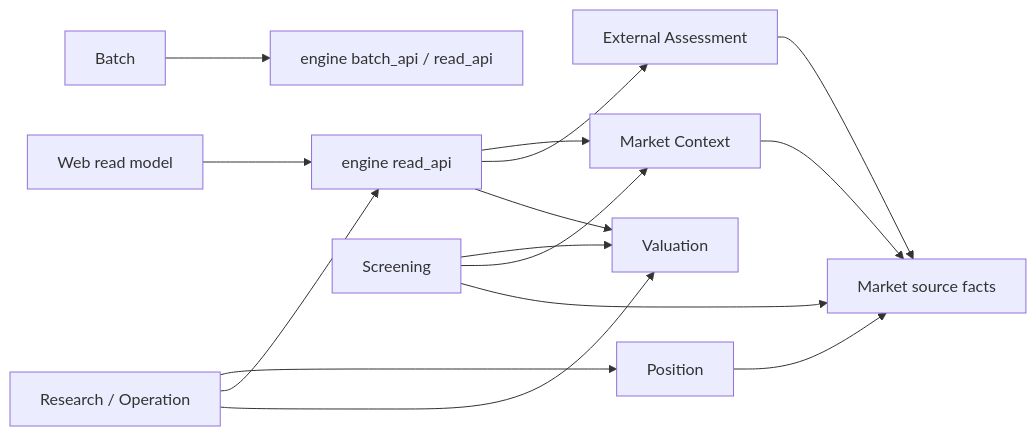
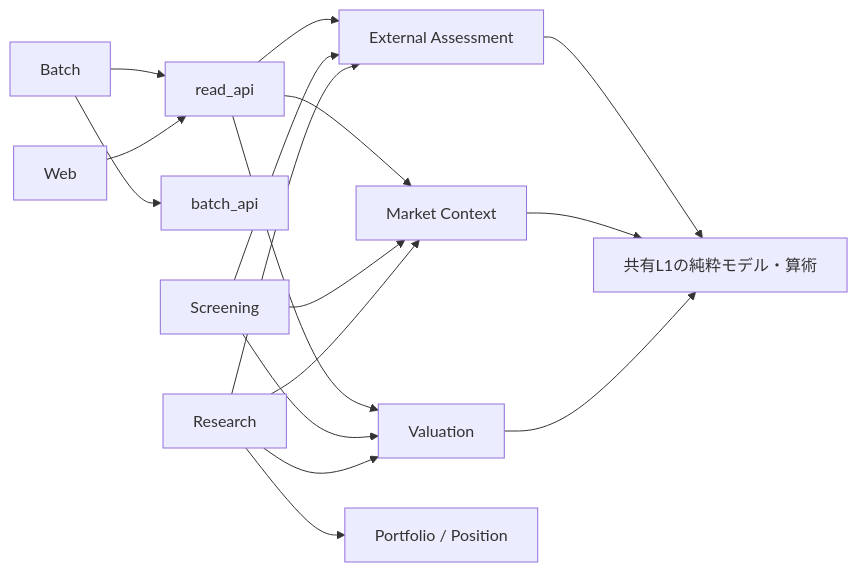
The diagram in docs/architecture.md (koumatsumoto/baibai-loop), drawn with Mermaid before and after one commit. The commit also changed other lines of this file and 1 other file, not shown here.

````diff
--- a/docs/architecture.md
+++ b/docs/architecture.md
@@ -16,17 +42,19 @@
 ```mermaid
 flowchart LR
-    web[Web read model] --> read[engine read_api]
-    batch[Batch] --> api[engine batch_api / read_api]
-    research[Research / Operation] --> position[Position]
-    research --> read
-    research --> valuation[Valuation]
-    screening --> valuation
-    screening --> context[Market Context]
+    web[Web] --> read[read_api]
+    batch[Batch] --> api[batch_api]
+    batch --> read
+    research[Research] --> valuation[Valuation]
+    research --> context[Market Context]
+    research --> external[External Assessment]
+    screening[Screening] --> valuation
+    screening --> context
+    screening --> external
+    read --> valuation
     read --> context
-    context --> market
-    read --> external[External Assessment]
-    external --> market
-    read --> valuation
-    screening[Screening] --> market[Market source facts]
-    position --> market
+    read --> external
+    valuation --> facts[共有L1の純粋モデル・算術]
+    context --> facts
+    external --> facts
+    research --> position[Portfolio / Position]
 ```
````
